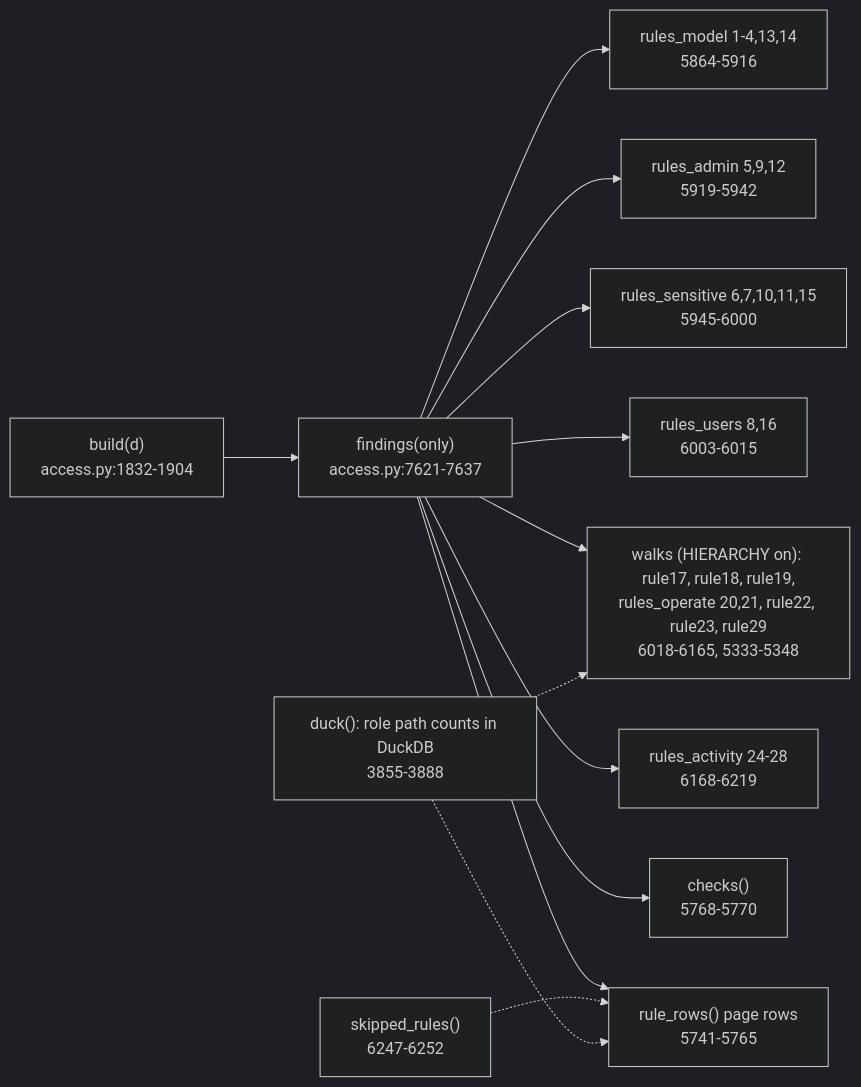
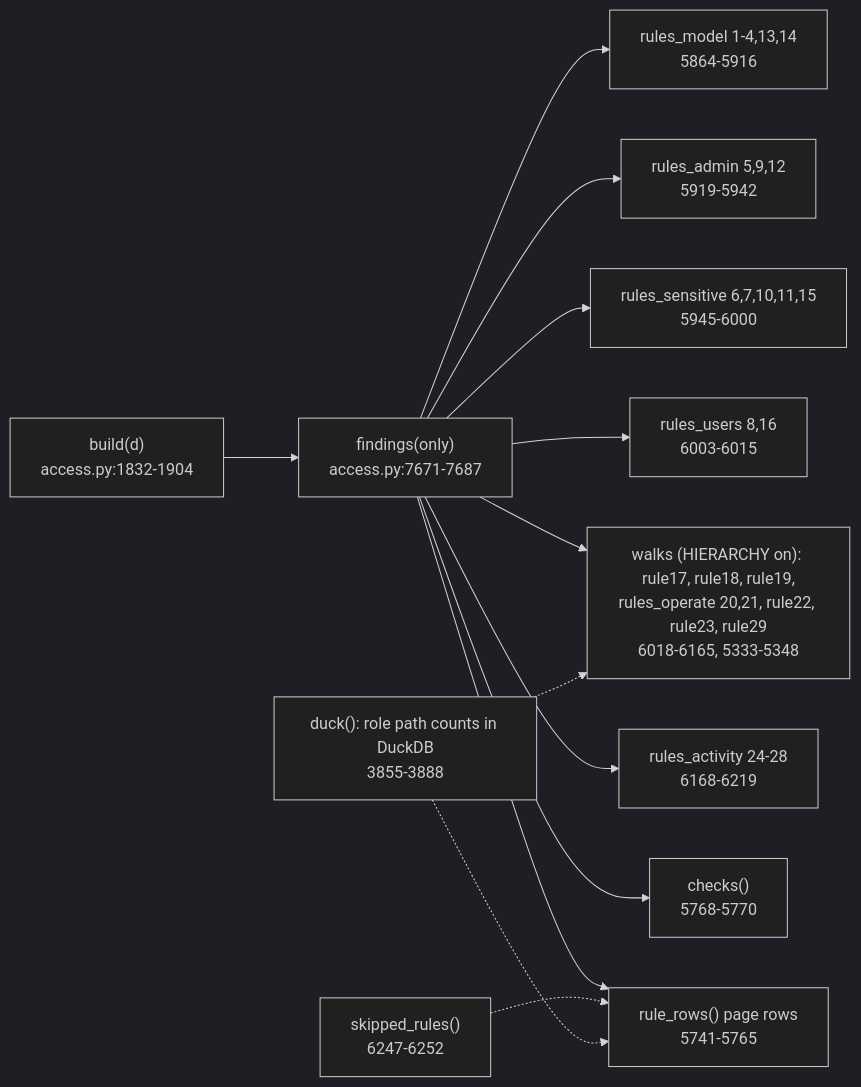
Before and after one commit to darshanmeel/snowflake-access-explorer: the diagram in snowflake-access-explorer-knowledge-graph/logic/rules.md, drawn with Mermaid (dark theme). The commit also changed other lines of this file and 90 other files, not shown here.

Commit message:
Knowledge graph: up to date with the left-nav sections, Can they?, Compare, What if and risk tables

````diff
--- a/snowflake-access-explorer-knowledge-graph/logic/rules.md
+++ b/snowflake-access-explorer-knowledge-graph/logic/rules.md
@@ -6,15 +6,15 @@
 ```mermaid
 flowchart LR
-  B["build(d)<br/>access.py:1832-1904"] --> F["findings(only)<br/>access.py:7621-7637"]
+  B["build(d)<br/>access.py:1832-1904"] --> F["findings(only)<br/>access.py:7671-7687"]
   F --> M["rules_model 1-4,13,14<br/>5864-5916"]
   F --> A["rules_admin 5,9,12<br/>5919-5942"]
   F --> S["rules_sensitive 6,7,10,11,15<br/>5945-6000"]
   F --> U["rules_users 8,16<br/>6003-6015"]
   F --> W["walks (HIERARCHY on): rule17, rule18, rule19,<br/>rules_operate 20,21, rule22, rule23, rule29<br/>6018-6165, 5333-5348"]
   F --> RA["rules_activity 24-28<br/>6168-6219"]
   F --> C["checks()<br/>5768-5770"]
   F --> RR["rule_rows() page rows<br/>5741-5765"]
   K["skipped_rules()<br/>6247-6252"] -.-> RR
   D["duck(): role path counts in DuckDB<br/>3855-3888"] -.-> RR
   D -.-> W
 ```
````
